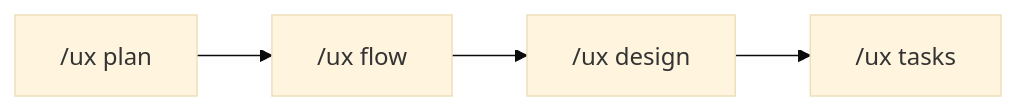
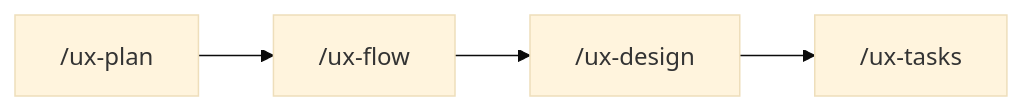
One commit to wondermove-cd/cd-claude-plugin changed the diagram in README.md. Above: the diagram before and after it, drawn with Mermaid (base theme). The commit also changed other lines of this file and 17 other files, not shown here.

````diff
--- a/README.md
+++ b/README.md
@@ -51,6 +59,6 @@
 ```mermaid
 flowchart LR
-    A["/ux plan"] --> B["/ux flow"]
-    B --> C["/ux design"]
-    C --> D["/ux tasks"]
+    A["/ux-plan"] --> B["/ux-flow"]
+    B --> C["/ux-design"]
+    C --> D["/ux-tasks"]
 ```
````
